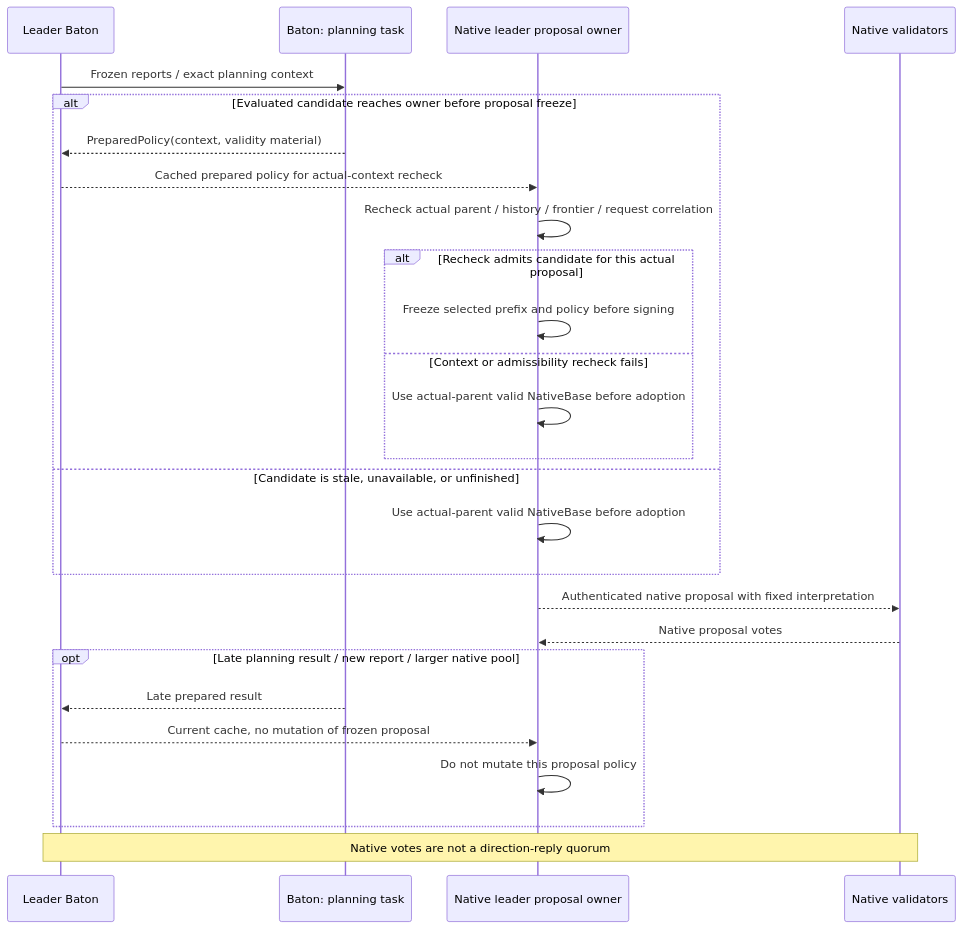
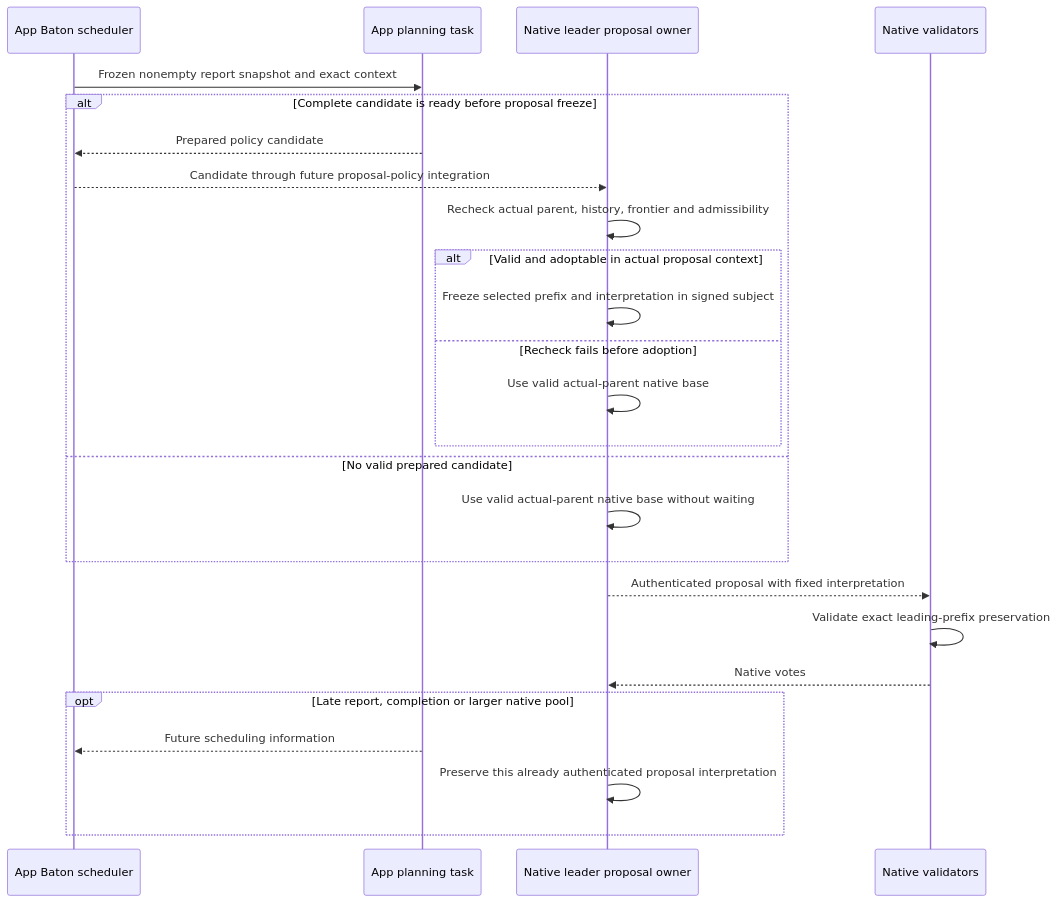
Before and after one commit to djm07073/baton-research: the second of 2 diagrams in docs/e2e/leader.md, drawn with Mermaid. The commit also changed other lines of this file and 292 other files, not shown here.

Commit message:
docs: redesign Baton around App-owned scheduling

````diff
--- a/docs/e2e/leader.md
+++ b/docs/e2e/leader.md
@@ -48,28 +53,27 @@
 ```mermaid
 sequenceDiagram
-    participant L as Leader Baton
-    participant P as Baton: planning task
+    participant A as App Baton scheduler
+    participant P as App planning task
     participant N as Native leader proposal owner
     participant V as Native validators
-    L->>P: Frozen reports / exact planning context
-    alt Evaluated candidate reaches owner before proposal freeze
-        P-->>L: PreparedPolicy(context, validity material)
-        L-->>N: Cached prepared policy for actual-context recheck
-        N->>N: Recheck actual parent / history / frontier / request correlation
-        alt Recheck admits candidate for this actual proposal
-            N->>N: Freeze selected prefix and policy before signing
-        else Context or admissibility recheck fails
-            N->>N: Use actual-parent valid NativeBase before adoption
+    A->>P: Frozen nonempty report snapshot and exact context
+    alt Complete candidate is ready before proposal freeze
+        P-->>A: Prepared policy candidate
+        A-->>N: Candidate through future proposal-policy integration
+        N->>N: Recheck actual parent, history, frontier and admissibility
+        alt Valid and adoptable in actual proposal context
+            N->>N: Freeze selected prefix and interpretation in signed subject
+        else Recheck fails before adoption
+            N->>N: Use valid actual-parent native base
         end
-    else Candidate is stale, unavailable, or unfinished
-        N->>N: Use actual-parent valid NativeBase before adoption
+    else No valid prepared candidate
+        N->>N: Use valid actual-parent native base without waiting
     end
-    N-->>V: Authenticated native proposal with fixed interpretation
-    V-->>N: Native proposal votes
-    opt Late planning result / new report / larger native pool
-        P-->>L: Late prepared result
-        L-->>N: Current cache, no mutation of frozen proposal
-        N->>N: Do not mutate this proposal policy
+    N-->>V: Authenticated proposal with fixed interpretation
+    V->>V: Validate exact leading-prefix preservation
+    V-->>N: Native votes
+    opt Late report, completion or larger native pool
+        P-->>A: Future scheduling information
+        N->>N: Preserve this already authenticated proposal interpretation
     end
-    Note over L,V: Native votes are not a direction-reply quorum
 ```
````
